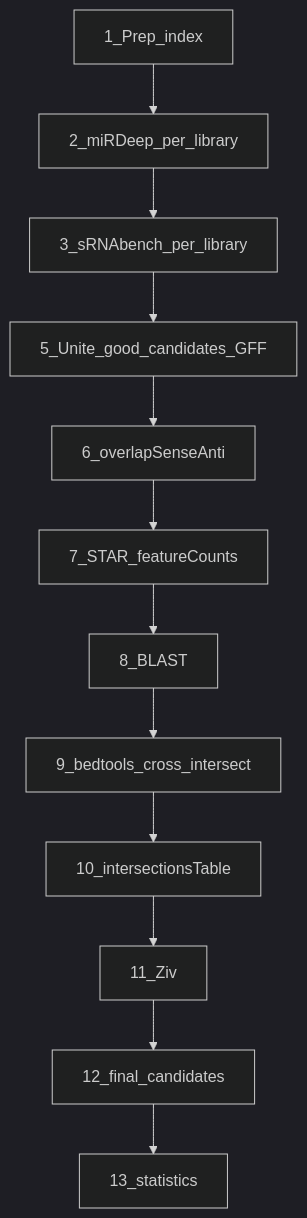
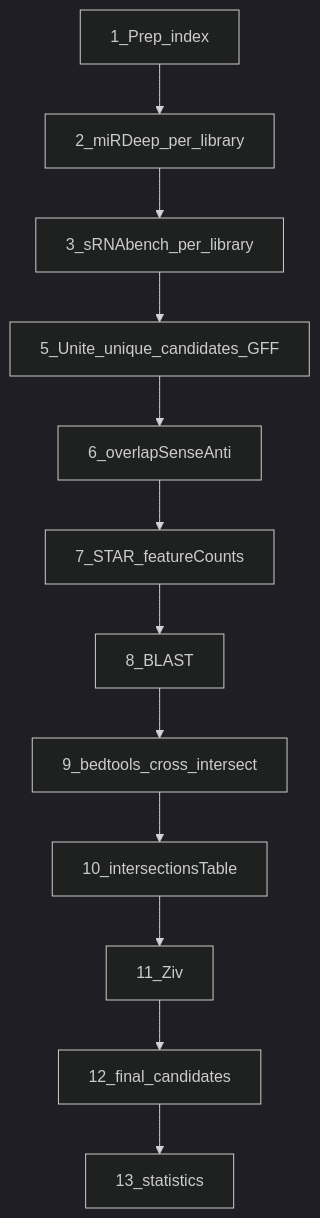
Before and after one commit to TmrSegev/novel-miRNAs: the diagram in docs/pipeline_v3.md, drawn with Mermaid (dark theme). The commit also changed other lines of this file and 10 other files, not shown here.

First line of the commit message:
Rename good_candidates to unique_candidates and update pipeline docs.

````diff
--- a/docs/pipeline_v3.md
+++ b/docs/pipeline_v3.md
@@ -64,14 +64,14 @@
 ```mermaid
 flowchart TD
   p1[1_Prep_index] --> p2[2_miRDeep_per_library]
   p2 --> p3[3_sRNAbench_per_library]
-  p3 --> p5[5_Unite_good_candidates_GFF]
+  p3 --> p5[5_Unite_unique_candidates_GFF]
   p5 --> p6[6_overlapSenseAnti]
   p6 --> p7[7_STAR_featureCounts]
   p7 --> p8[8_BLAST]
   p8 --> p9[9_bedtools_cross_intersect]
   p9 --> p10[10_intersectionsTable]
   p10 --> p11[11_Ziv]
   p11 --> p12[12_final_candidates]
   p12 --> p13[13_statistics]
 ```
````
